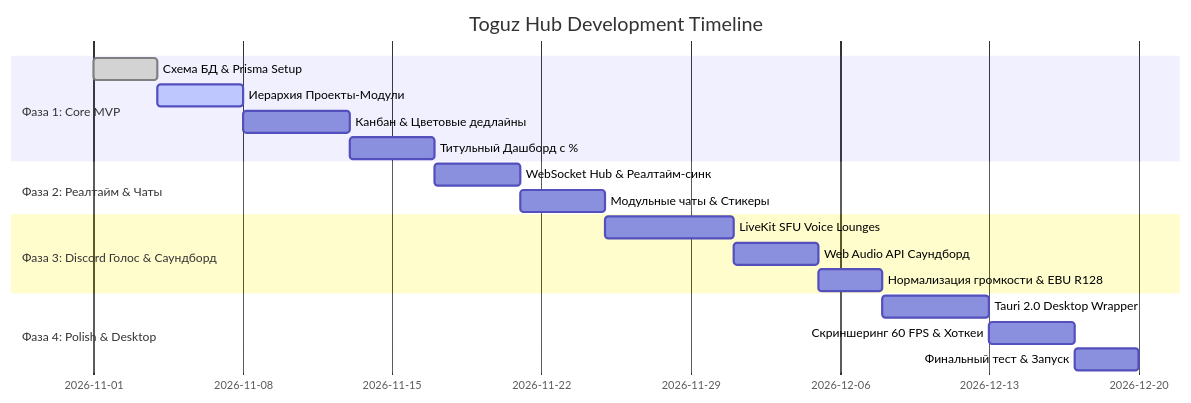
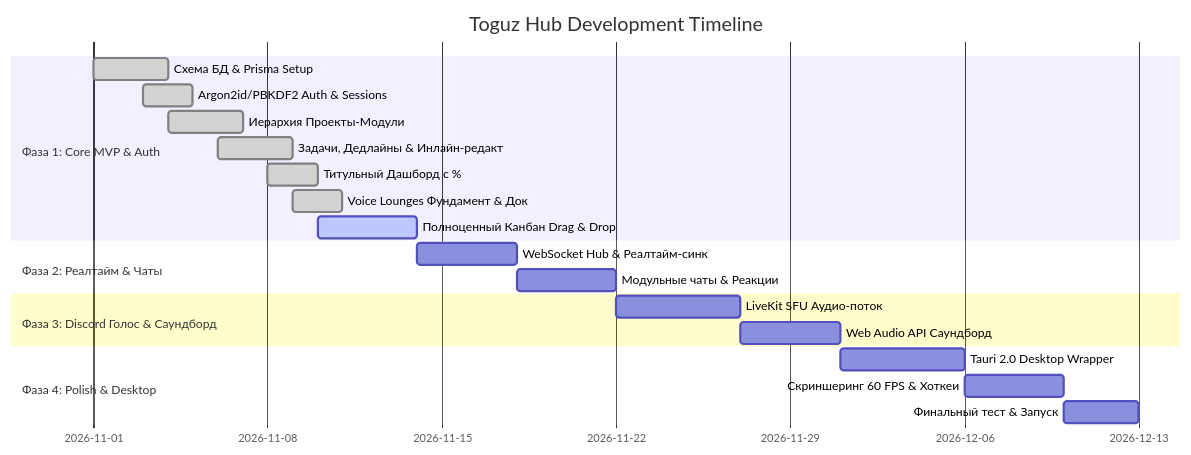
The diagram in instructions/04_AI_Developer_Instructions/Implementation_Roadmap.md (Sharpy17/TD), drawn with Mermaid before and after one commit. The commit also changed other lines of this file and 60 other files, not shown here.

Commit message:
feat: complete MVP core with auth, projects/modules/tasks CRUD, voice lounges foundation, and team handover docs

````diff
--- a/instructions/04_AI_Developer_Instructions/Implementation_Roadmap.md
+++ b/instructions/04_AI_Developer_Instructions/Implementation_Roadmap.md
@@ -19,21 +19,23 @@
 ```mermaid
 gantt
     title Toguz Hub Development Timeline
     dateFormat  YYYY-MM-DD
-    section Фаза 1: Core MVP
+    section Фаза 1: Core MVP & Auth
     Схема БД & Prisma Setup           :done, 2026-11-01, 3d
-    Иерархия Проекты-Модули           :active, 2026-11-04, 4d
-    Канбан & Цветовые дедлайны        :2026-11-08, 5d
-    Титульный Дашборд с %             :2026-11-13, 4d
+    Argon2id/PBKDF2 Auth & Sessions   :done, 2026-11-03, 2d
+    Иерархия Проекты-Модули           :done, 2026-11-04, 3d
+    Задачи, Дедлайны & Инлайн-редакт  :done, 2026-11-06, 3d
+    Титульный Дашборд с %             :done, 2026-11-08, 2d
+    Voice Lounges Фундамент & Док     :done, 2026-11-09, 2d
+    Полноценный Канбан Drag & Drop    :active, 2026-11-10, 4d
     section Фаза 2: Реалтайм & Чаты
-    WebSocket Hub & Реалтайм-синк    :2026-11-17, 4d
-    Модульные чаты & Стикеры          :2026-11-21, 4d
+    WebSocket Hub & Реалтайм-синк    :2026-11-14, 4d
+    Модульные чаты & Реакции         :2026-11-18, 4d
     section Фаза 3: Discord Голос & Саундборд
-    LiveKit SFU Voice Lounges         :2026-11-25, 6d
-    Web Audio API Саундборд           :2026-12-01, 4d
-    Нормализация громкости & EBU R128 :2026-12-05, 3d
+    LiveKit SFU Аудио-поток           :2026-11-22, 5d
+    Web Audio API Саундборд           :2026-11-27, 4d
     section Фаза 4: Polish & Desktop
-    Tauri 2.0 Desktop Wrapper         :2026-12-08, 5d
-    Скриншеринг 60 FPS & Хоткеи       :2026-12-13, 4d
-    Финальный тест & Запуск           :2026-12-17, 3d
+    Tauri 2.0 Desktop Wrapper         :2026-12-01, 5d
+    Скриншеринг 60 FPS & Хоткеи       :2026-12-06, 4d
+    Финальный тест & Запуск           :2026-12-10, 3d
 ```
````
